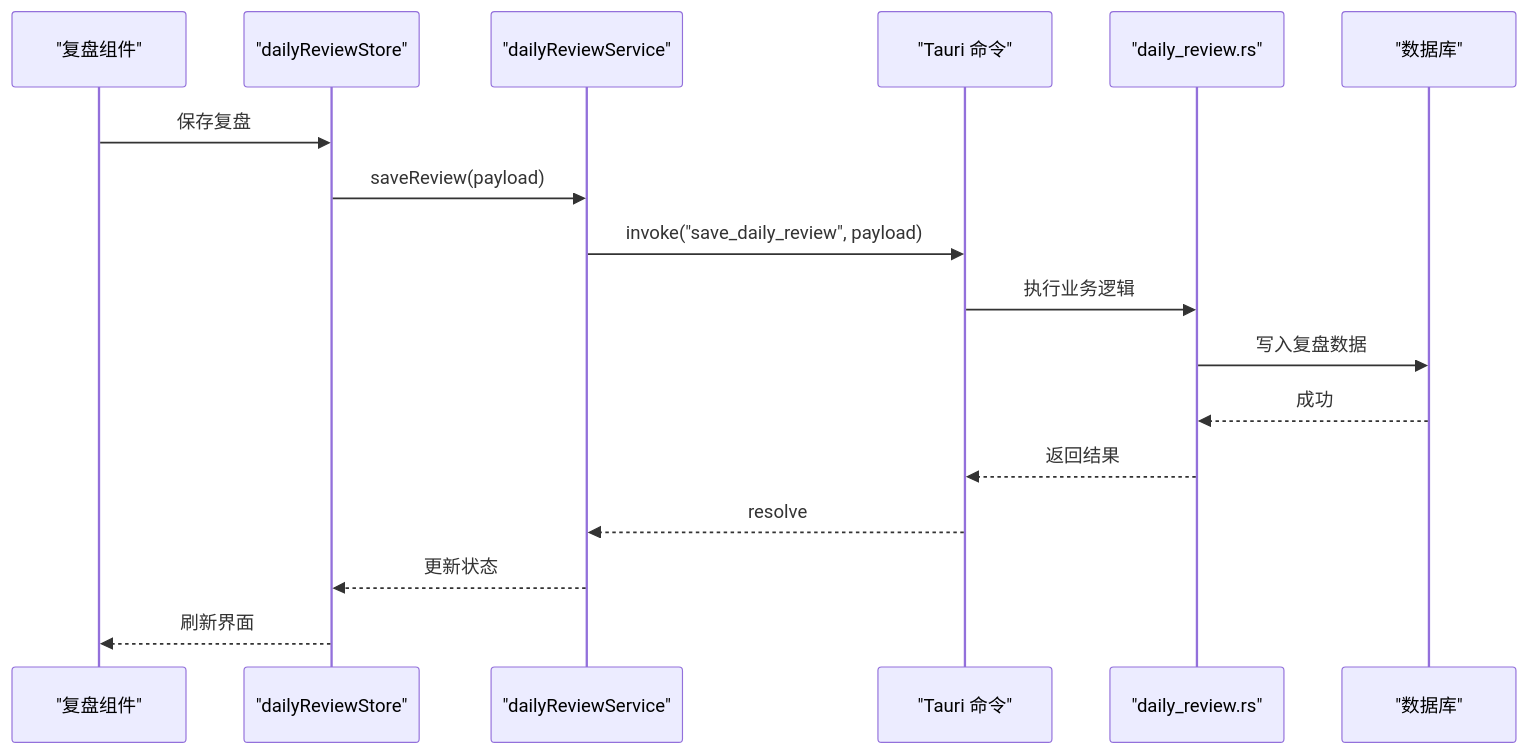
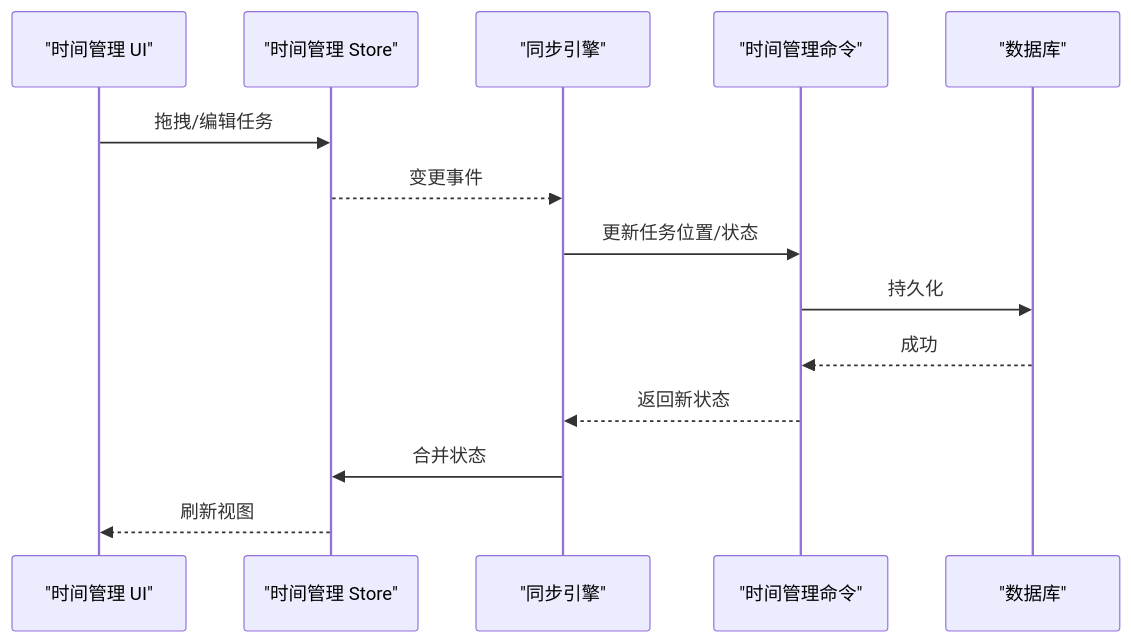
The fifth of 11 diagrams in .qoder/repowiki/zh/content/架构设计/架构设计.md (gzdxhujiale/FishWorker), drawn with Mermaid before and after one commit. The commit also changed other lines of this file and 238 other files, not shown here.

````diff
--- a/.qoder/repowiki/zh/content/架构设计/架构设计.md
+++ b/.qoder/repowiki/zh/content/架构设计/架构设计.md
@@ -267,19 +236,16 @@
 ```mermaid
 sequenceDiagram
-participant UI as "复盘组件"
-participant Store as "dailyReviewStore"
-participant Service as "dailyReviewService"
-participant Tauri as "Tauri 命令"
-participant Biz as "daily_review.rs"
+participant UI as "时间管理 UI"
+participant Store as "时间管理 Store"
+participant Sync as "同步引擎"
+participant Cmd as "时间管理命令"
 participant DB as "数据库"
-UI->>Store : 保存复盘
-Store->>Service : saveReview(payload)
-Service->>Tauri : invoke("save_daily_review", payload)
-Tauri->>Biz : 执行业务逻辑
-Biz->>DB : 写入复盘数据
-DB-->>Biz : 成功
-Biz-->>Tauri : 返回结果
-Tauri-->>Service : resolve
-Service-->>Store : 更新状态
-Store-->>UI : 刷新界面
+UI->>Store : 拖拽/编辑任务
+Store-->>Sync : 变更事件
+Sync->>Cmd : 更新任务位置/状态
+Cmd->>DB : 持久化
+DB-->>Cmd : 成功
+Cmd-->>Sync : 返回新状态
+Sync->>Store : 合并状态
+Store-->>UI : 刷新视图
 ```
````
